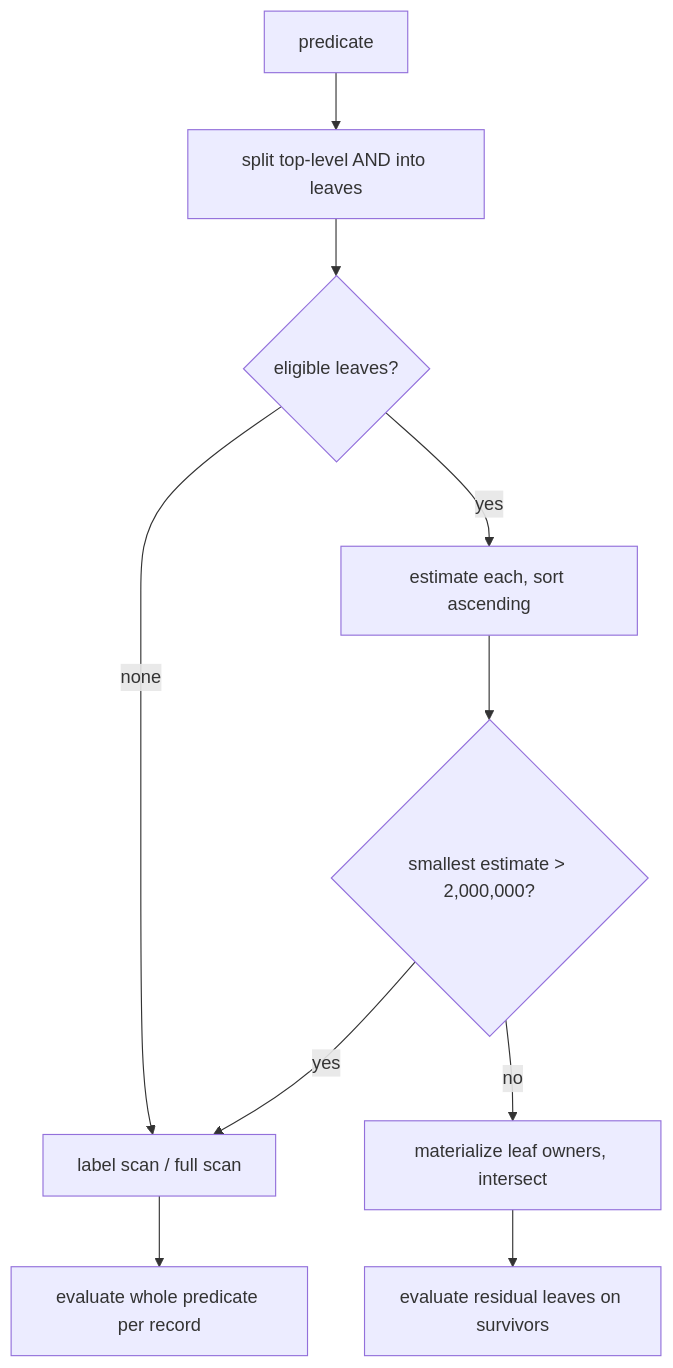
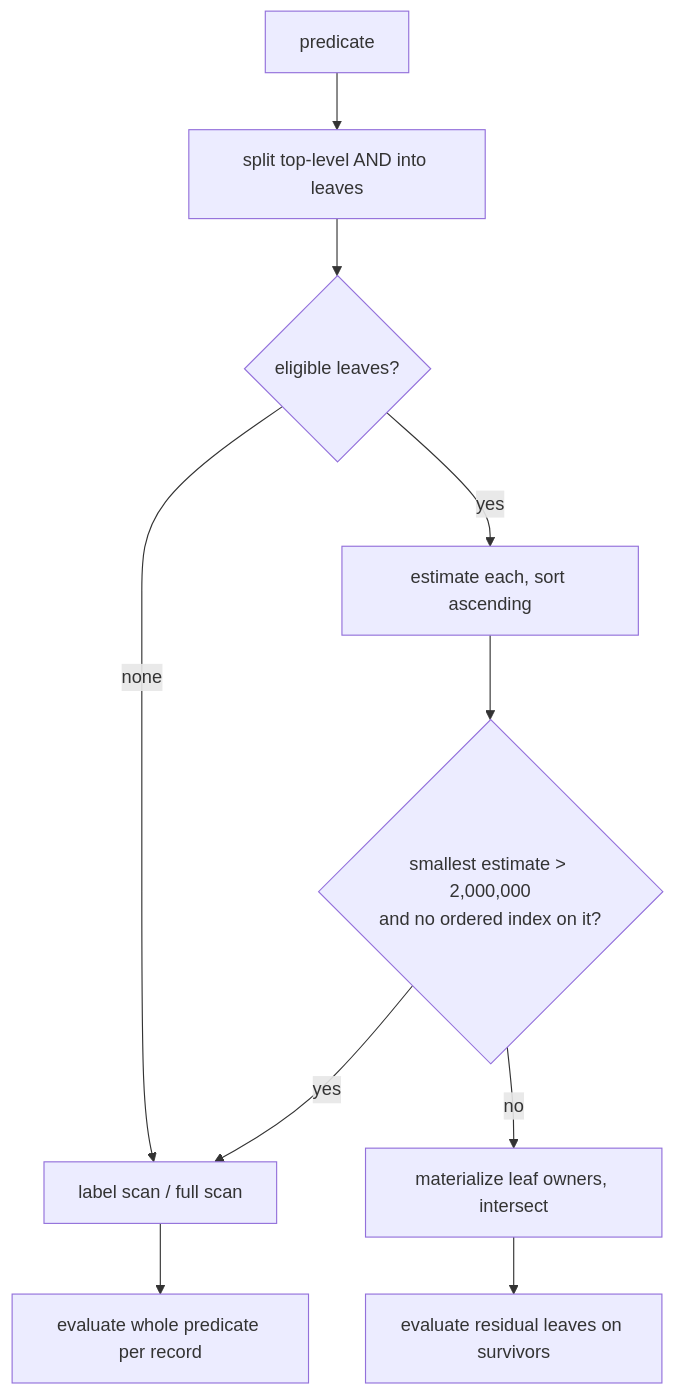
The diagram in docs-v3/engine/indexes-and-search/query-planning.md (rush-db/docs), drawn with Mermaid before and after one commit. The commit also changed other lines of this file and 51 other files, not shown here.

````diff
--- a/docs-v3/engine/indexes-and-search/query-planning.md
+++ b/docs-v3/engine/indexes-and-search/query-planning.md
@@ -33,12 +34,12 @@
 ```mermaid
 flowchart TD
     P[predicate] --> L[split top-level AND into leaves]
     L --> E{eligible leaves?}
     E -- none --> S[label scan / full scan]
     E -- yes --> O[estimate each, sort ascending]
-    O --> C{smallest estimate > 2,000,000?}
+    O --> C{smallest estimate > 2,000,000<br/>and no ordered index on it?}
     C -- yes --> S
     C -- no --> M[materialize leaf owners, intersect]
     M --> R[evaluate residual leaves on survivors]
     S --> R2[evaluate whole predicate per record]
 ```
````
